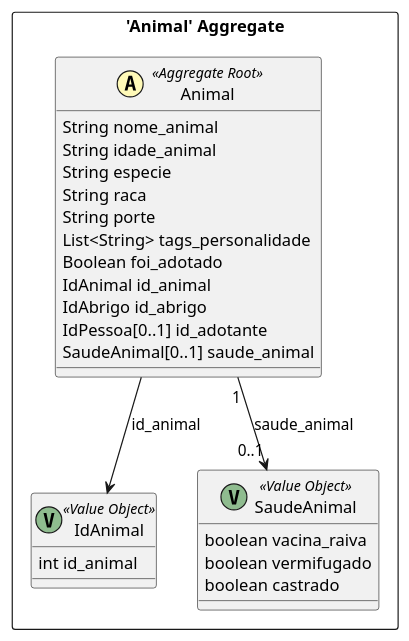
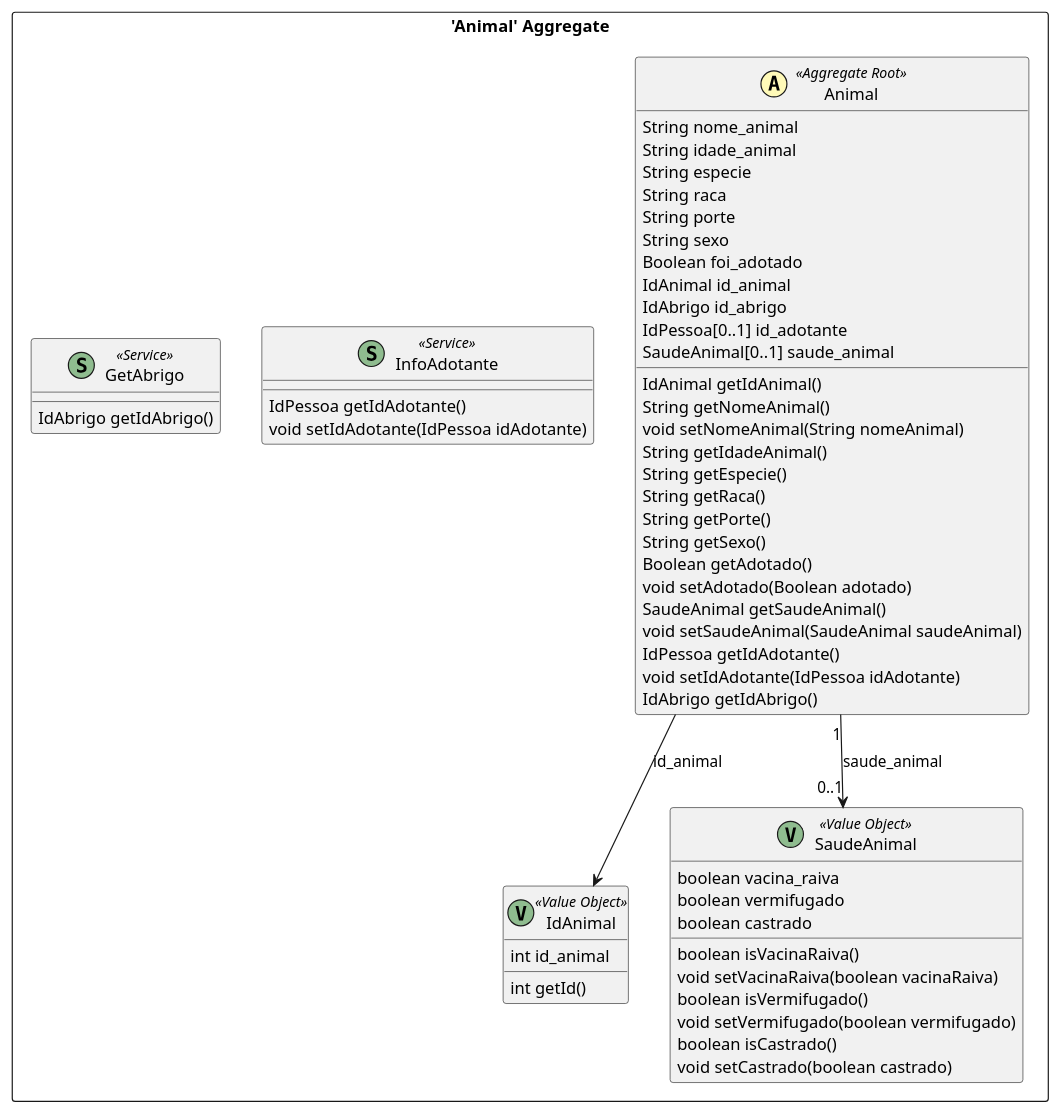
The diagram in mapaContexto/mapaContexto/src-gen/mapaContexto_BC_Adocao_Animal.puml (Gabriel-Chaves0/Projeto-Requisitos), drawn with PlantUML before and after one commit. The commit also changed 7 other files, not shown here.

```diff
--- a/mapaContexto/mapaContexto/src-gen/mapaContexto_BC_Adocao_Animal.puml
+++ b/mapaContexto/mapaContexto/src-gen/mapaContexto_BC_Adocao_Animal.puml
@@ -1,32 +1,61 @@
 @startuml
 
 skinparam componentStyle uml2
 
 package "'Animal' Aggregate" <<Rectangle>> {
 	class Animal <<(A,#fffab8) Aggregate Root>> {
 		String nome_animal
 		String idade_animal
 		String especie
 		String raca
 		String porte
-		List<String> tags_personalidade
+		String sexo
 		Boolean foi_adotado
 		IdAnimal id_animal
 		IdAbrigo id_abrigo
 		IdPessoa[0..1] id_adotante
 		SaudeAnimal[0..1] saude_animal
+		IdAnimal getIdAnimal()
+		String getNomeAnimal()
+		void setNomeAnimal(String nomeAnimal)
+		String getIdadeAnimal()
+		String getEspecie()
+		String getRaca()
+		String getPorte()
+		String getSexo()
+		Boolean getAdotado()
+		void setAdotado(Boolean adotado)
+		SaudeAnimal getSaudeAnimal()
+		void setSaudeAnimal(SaudeAnimal saudeAnimal)
+		IdPessoa getIdAdotante()
+		void setIdAdotante(IdPessoa idAdotante)
+		IdAbrigo getIdAbrigo()
 	}
 	class IdAnimal <<(V,DarkSeaGreen) Value Object>> {
 		int id_animal
+		int getId()
 	}
 	class SaudeAnimal <<(V,DarkSeaGreen) Value Object>> {
 		boolean vacina_raiva
 		boolean vermifugado
 		boolean castrado
+		boolean isVacinaRaiva()
+		void setVacinaRaiva(boolean vacinaRaiva)
+		boolean isVermifugado()
+		void setVermifugado(boolean vermifugado)
+		boolean isCastrado()
+		void setCastrado(boolean castrado)
+	}
+	class InfoAdotante <<(S,DarkSeaGreen) Service>> {
+		IdPessoa getIdAdotante()
+		void setIdAdotante(IdPessoa idAdotante)
+	}
+	class GetAbrigo <<(S,DarkSeaGreen) Service>> {
+		IdAbrigo getIdAbrigo()
 	}
 }
 Animal "1" --> "0..1" SaudeAnimal : saude_animal
 Animal --> IdAnimal : id_animal
 
 
 @enduml
```
